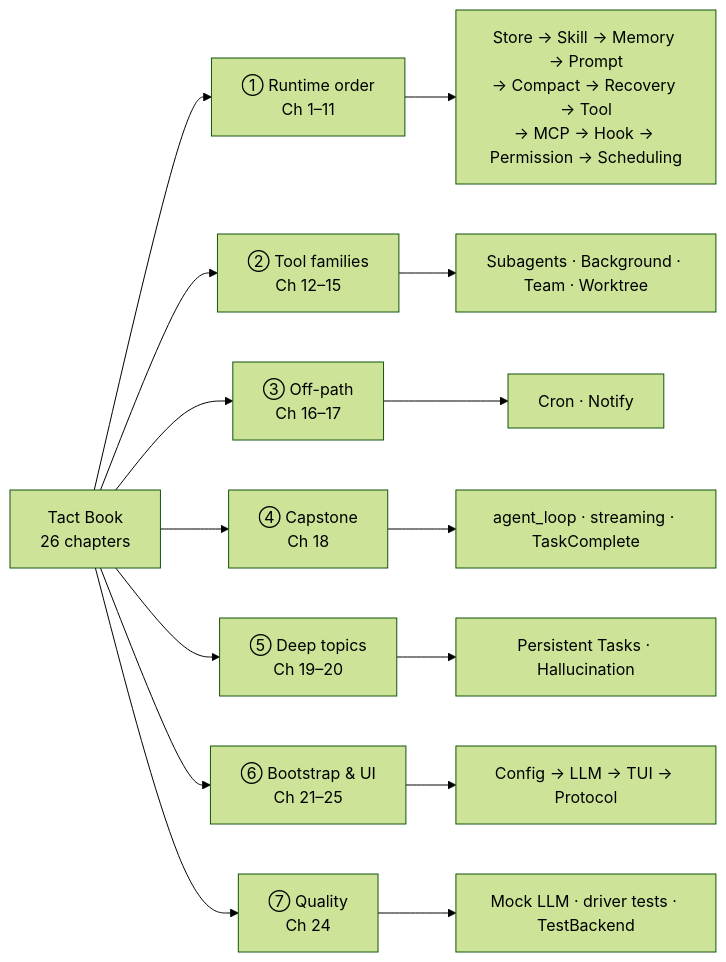
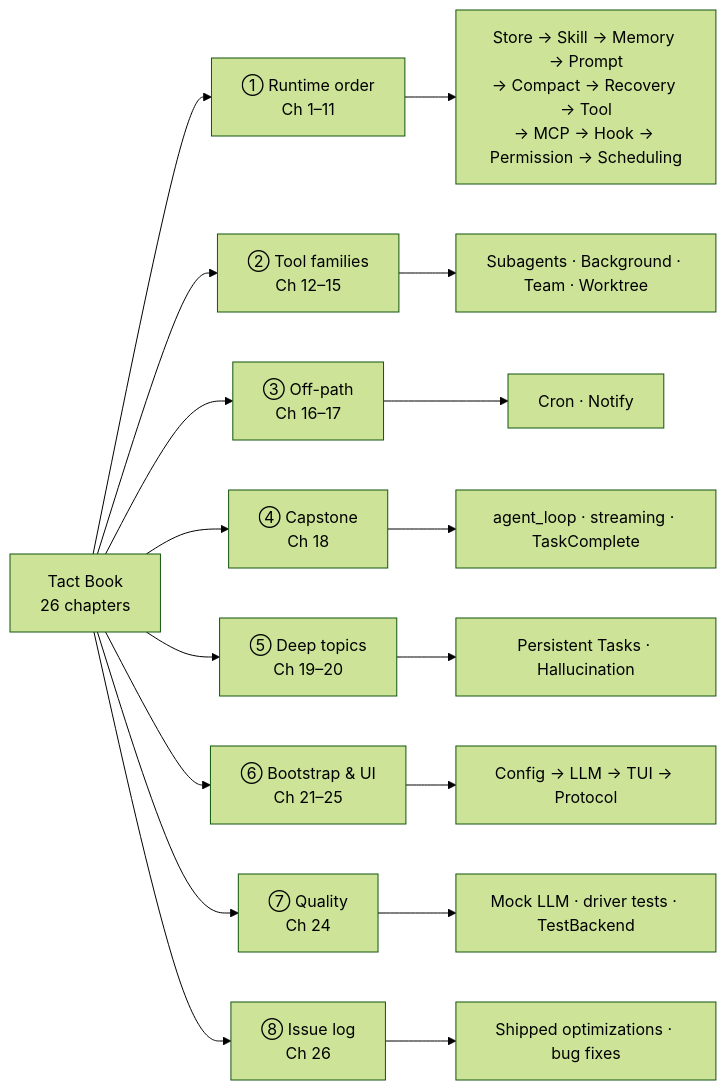
Before and after one commit to rust-infra/tact: the first of 2 diagrams in book/mindmap.md, drawn with Mermaid (forest theme). The commit also changed other lines of this file and 5 other files, not shown here.

First line of the commit message:
docs: add Ch 26 engineering issue log and AGENTS sync rules

````diff
--- a/book/mindmap.md
+++ b/book/mindmap.md
@@ -27,20 +27,22 @@
 ```mermaid
 flowchart LR
     ROOT["Tact Book<br/>26 chapters"]
 
-    ROOT --> B1 & B2 & B3 & B4 & B5 & B6 & B7
+    ROOT --> B1 & B2 & B3 & B4 & B5 & B6 & B7 & B8
 
     B1["① Runtime order<br/>Ch 1–11"] --> D1["Store → Skill → Memory → Prompt<br/>→ Compact → Recovery → Tool<br/>→ MCP → Hook → Permission → Scheduling"]
 
     B2["② Tool families<br/>Ch 12–15"] --> D2["Subagents · Background · Team · Worktree"]
 
     B3["③ Off-path<br/>Ch 16–17"] --> D3["Cron · Notify"]
 
     B4["④ Capstone<br/>Ch 18"] --> D4["agent_loop · streaming · TaskComplete"]
 
     B5["⑤ Deep topics<br/>Ch 19–20"] --> D5["Persistent Tasks · Hallucination"]
 
     B6["⑥ Bootstrap & UI<br/>Ch 21–25"] --> D6["Config → LLM → TUI → Protocol"]
 
     B7["⑦ Quality<br/>Ch 24"] --> D7["Mock LLM · driver tests · TestBackend"]
+
+    B8["⑧ Issue log<br/>Ch 26"] --> D8["Shipped optimizations · bug fixes"]
 ```
````
